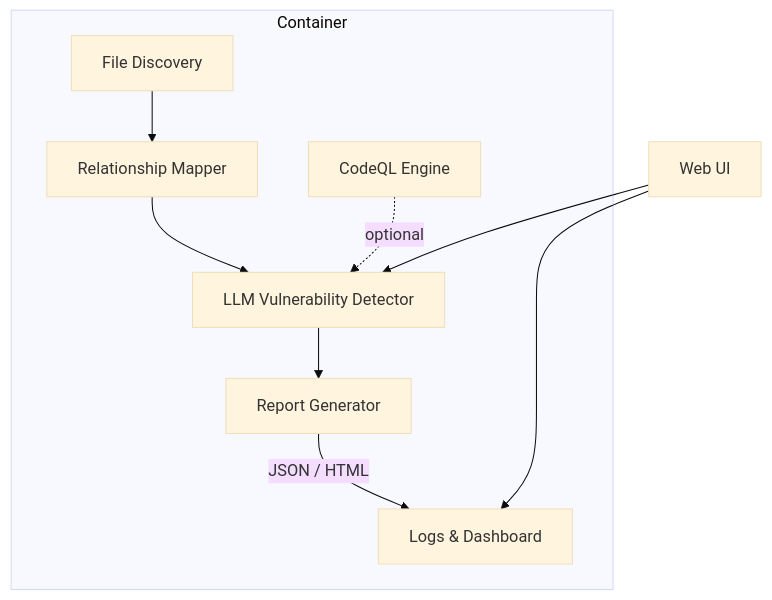
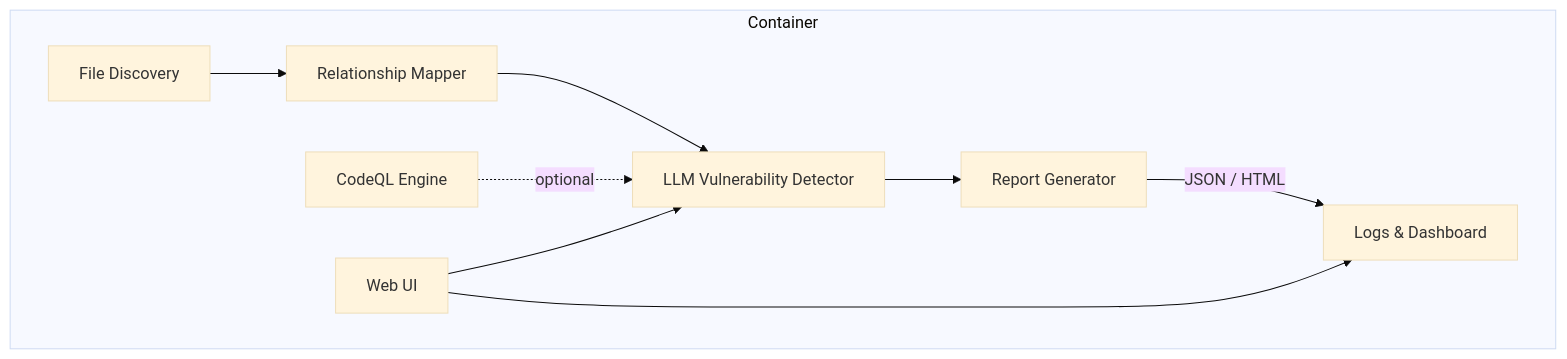
Before and after one commit to MoldoAndr/AI-SAST: the diagram in README.md, drawn with Mermaid. The commit also changed other lines of this file, not shown here.

````diff
--- a/README.md
+++ b/README.md
@@ -144,13 +144,13 @@
 ```mermaid
 %%{init: {"theme": "base", "fontFamily": "Fira Sans", "sequence": {"showSequenceNumbers": true}} }%%
 graph TD
   subgraph Container
     A[File Discovery] --> B[Relationship Mapper]
     B --> C[LLM Vulnerability Detector]
     C --> D[Report Generator]
     D -->|JSON / HTML| E[Logs & Dashboard]
     F[CodeQL Engine] -. optional .-> C
-  end
   User[Web UI] --> C
   User --> E
+  end
 ```
````
